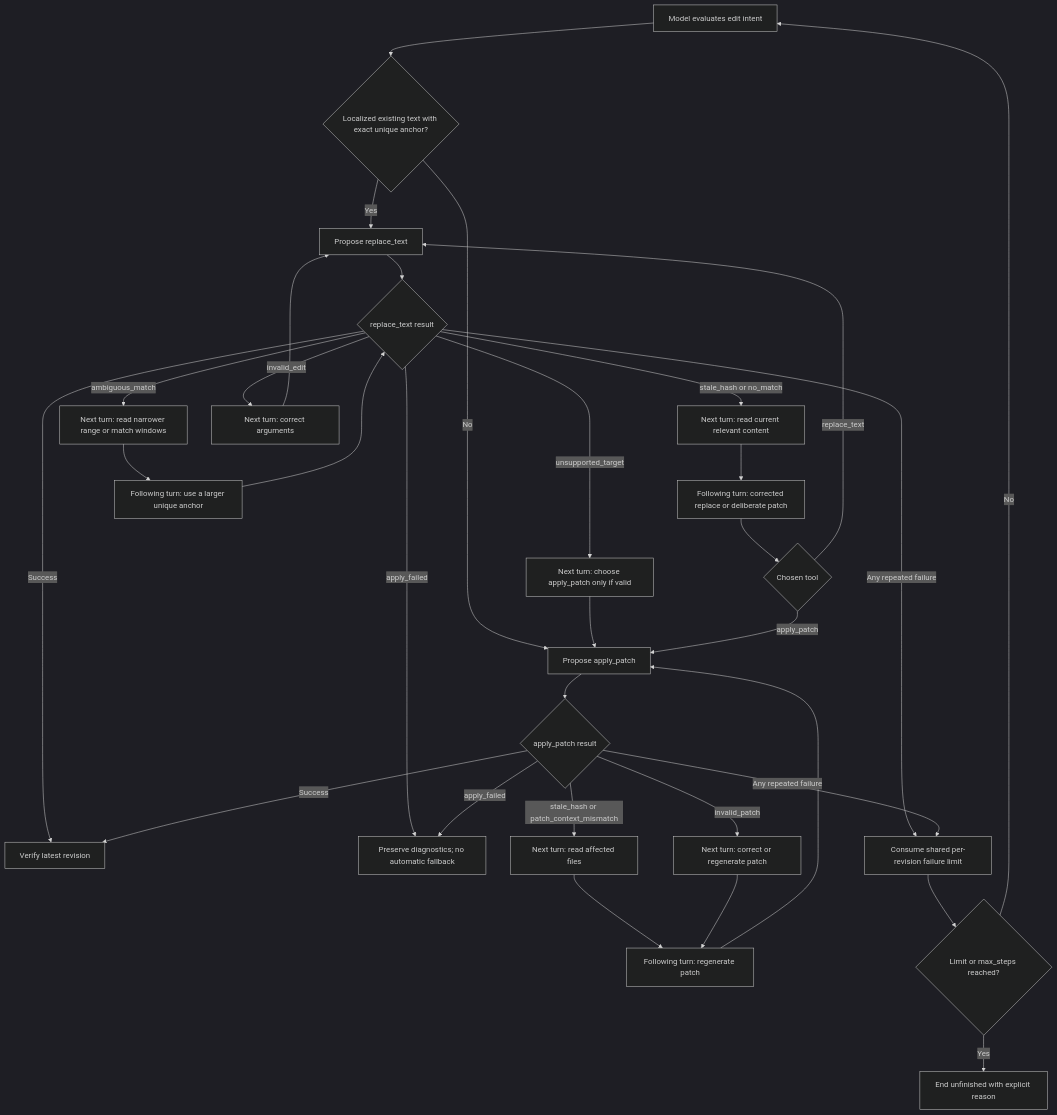
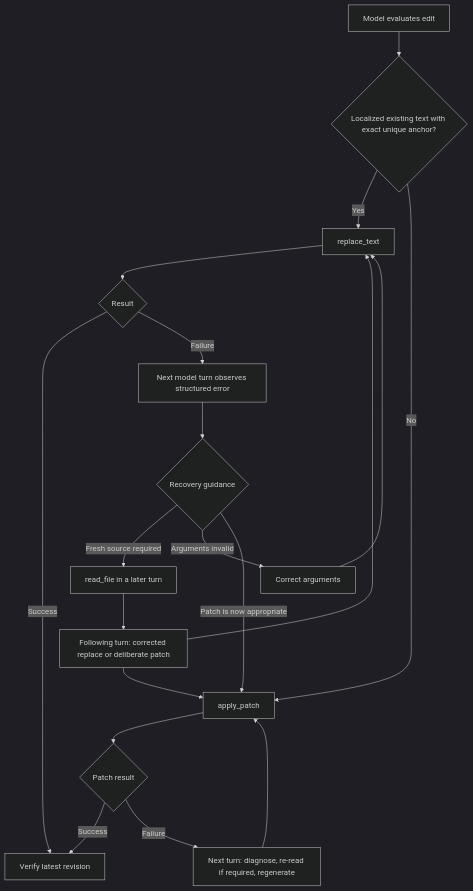
The second of 2 diagrams in docs/dev/editing-strategy.md (GenTang/Yada), drawn with Mermaid (dark theme) before and after one commit. The commit also changed other lines of this file and 24 other files, not shown here.

```diff
--- a/docs/dev/editing-strategy.md
+++ b/docs/dev/editing-strategy.md
@@ -394,38 +248,23 @@
 ~~~mermaid
 flowchart TD
-    A["Model evaluates edit intent"] --> B{"Localized existing text with exact unique anchor?"}
-    B -->|"Yes"| C["Propose replace_text"]
-    B -->|"No"| D["Propose apply_patch"]
+    A["Model evaluates edit"] --> B{"Localized existing text with exact unique anchor?"}
+    B -->|"Yes"| C["replace_text"]
+    B -->|"No"| D["apply_patch"]
 
-    C --> E{"replace_text result"}
+    C --> E{"Result"}
     E -->|"Success"| F["Verify latest revision"]
-    E -->|"stale_hash or no_match"| G["Next turn: read current relevant content"]
-    E -->|"ambiguous_match"| H["Next turn: read narrower range or match windows"]
-    E -->|"invalid_edit"| I["Next turn: correct arguments"]
-    E -->|"unsupported_target"| J["Next turn: choose apply_patch only if valid"]
-    E -->|"apply_failed"| K["Preserve diagnostics; no automatic fallback"]
+    E -->|"Failure"| G["Next model turn observes structured error"]
+    G --> H{"Recovery guidance"}
+    H -->|"Fresh source required"| I["read_file in a later turn"]
+    H -->|"Arguments invalid"| J["Correct arguments"]
+    H -->|"Patch is now appropriate"| D
+    I --> K["Following turn: corrected replace or deliberate patch"]
+    J --> C
+    K --> C
+    K --> D
 
-    G --> L["Following turn: corrected replace or deliberate patch"]
-    H --> M["Following turn: use a larger unique anchor"]
-    M --> E
-    I --> C
-    J --> D
-    L --> N{"Chosen tool"}
-    N -->|"replace_text"| C
-    N -->|"apply_patch"| D
-
-    D --> O{"apply_patch result"}
-    O -->|"Success"| F
-    O -->|"stale_hash or patch_context_mismatch"| P["Next turn: read affected files"]
-    O -->|"invalid_patch"| Q["Next turn: correct or regenerate patch"]
-    O -->|"apply_failed"| K
-    P --> R["Following turn: regenerate patch"]
-    Q --> R
-    R --> D
-
-    E -->|"Any repeated failure"| S["Consume shared per-revision failure limit"]
-    O -->|"Any repeated failure"| S
-    S --> T{"Limit or max_steps reached?"}
-    T -->|"No"| A
-    T -->|"Yes"| U["End unfinished with explicit reason"]
+    D --> L{"Patch result"}
+    L -->|"Success"| F
+    L -->|"Failure"| M["Next turn: diagnose, re-read if required, regenerate"]
+    M --> D
 ~~~
```
